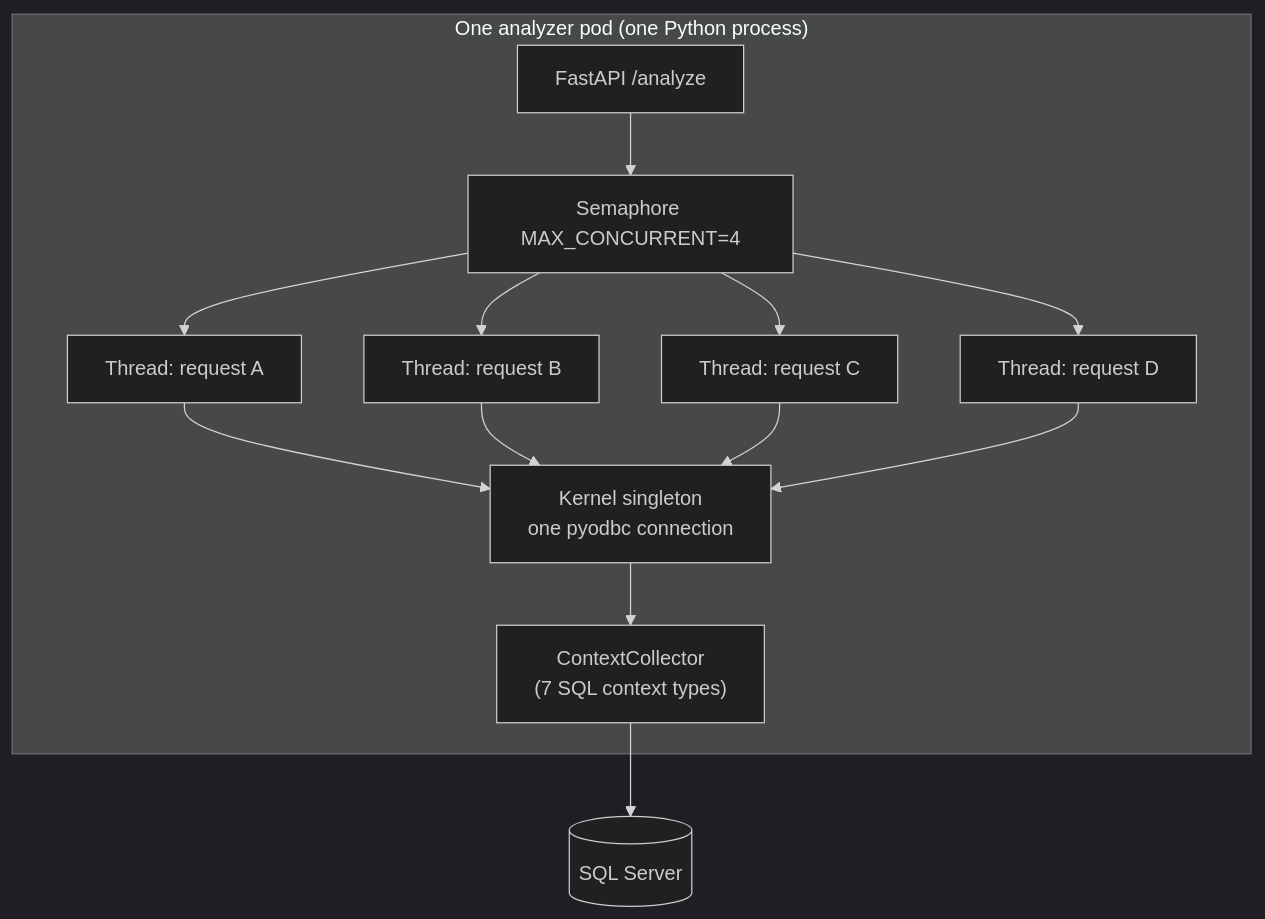
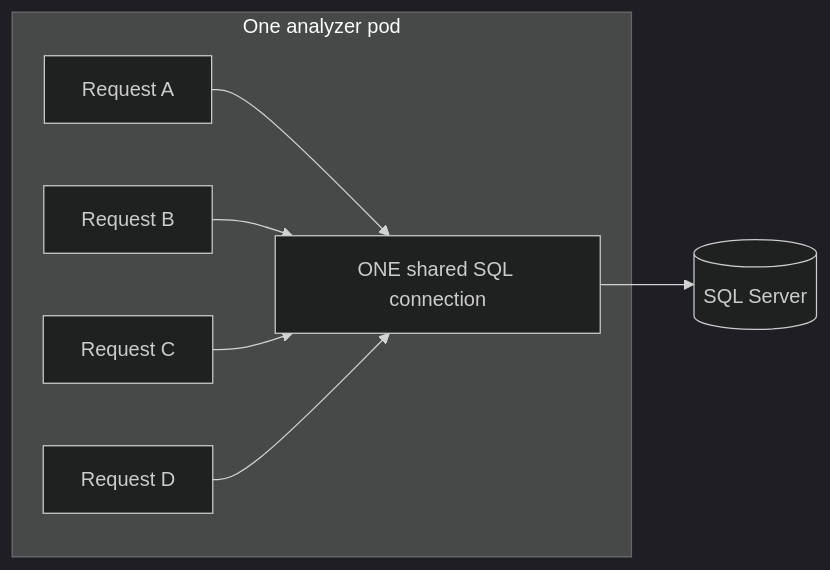
The diagram in investigations/kubernetes-analyzer-saturation/studies/OBS-003-shared-sql-connection.md (UdonsiKalu/cxr-portfolio), drawn with Mermaid (dark theme) before and after one commit. The commit also changed other lines of this file and 3 other files, not shown here.

First line of the commit message:
docs: rewrite OBS-003 SQL context study in plain language

````diff
--- a/investigations/kubernetes-analyzer-saturation/studies/OBS-003-shared-sql-connection.md
+++ b/investigations/kubernetes-analyzer-saturation/studies/OBS-003-shared-sql-connection.md
@@ -32,21 +70,15 @@
 ```mermaid
-flowchart TB
-  subgraph pod["One analyzer pod (one Python process)"]
-    FA[FastAPI /analyze]
-    SEM["Semaphore MAX_CONCURRENT=4"]
-    KC["Kernel singleton<br/>one pyodbc connection"]
-    CC["ContextCollector<br/>(7 SQL context types)"]
-    FA --> SEM
-    SEM --> T1["Thread: request A"]
-    SEM --> T2["Thread: request B"]
-    SEM --> T3["Thread: request C"]
-    SEM --> T4["Thread: request D"]
-    T1 --> KC
-    T2 --> KC
-    T3 --> KC
-    T4 --> KC
-    KC --> CC
+flowchart LR
+  subgraph pod["One analyzer pod"]
+    R1[Request A]
+    R2[Request B]
+    R3[Request C]
+    R4[Request D]
+    Conn["ONE shared SQL connection"]
+    R1 --> Conn
+    R2 --> Conn
+    R3 --> Conn
+    R4 --> Conn
   end
-  SQL[(SQL Server)]
-  CC --> SQL
+  Conn --> DB[(SQL Server)]
 ```
````
